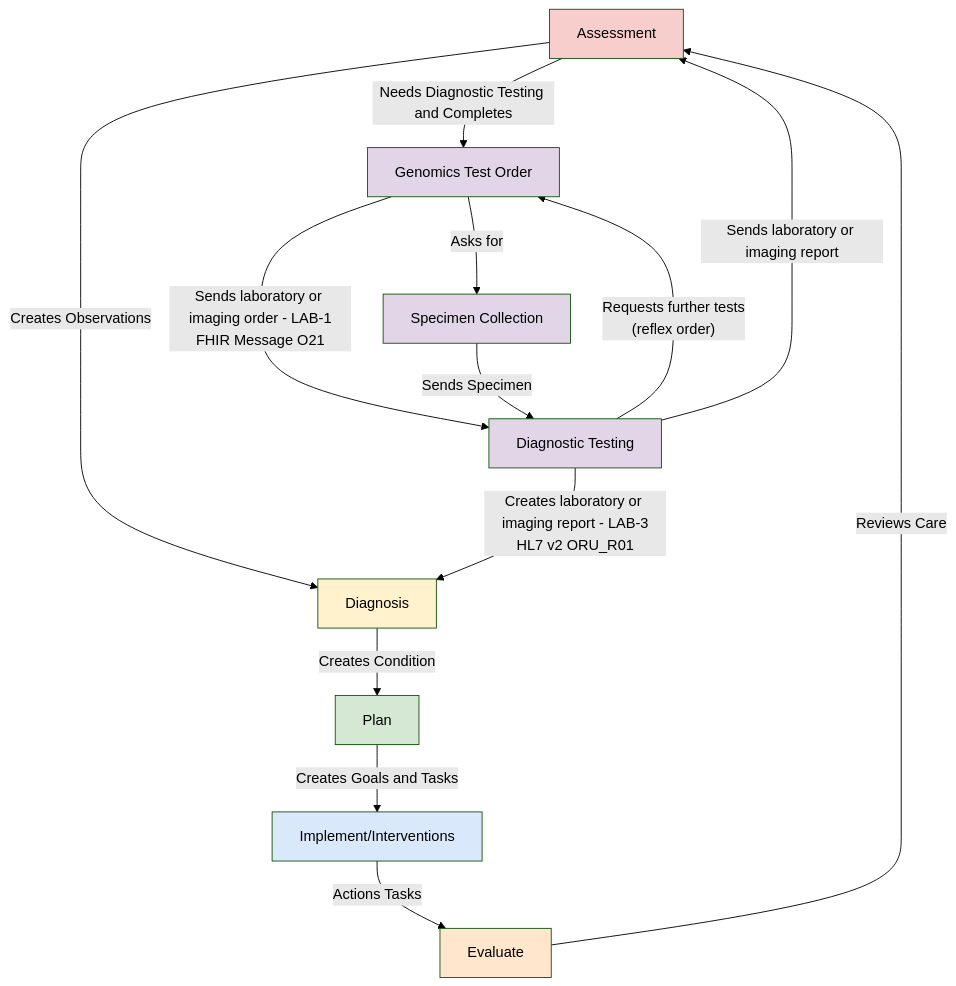
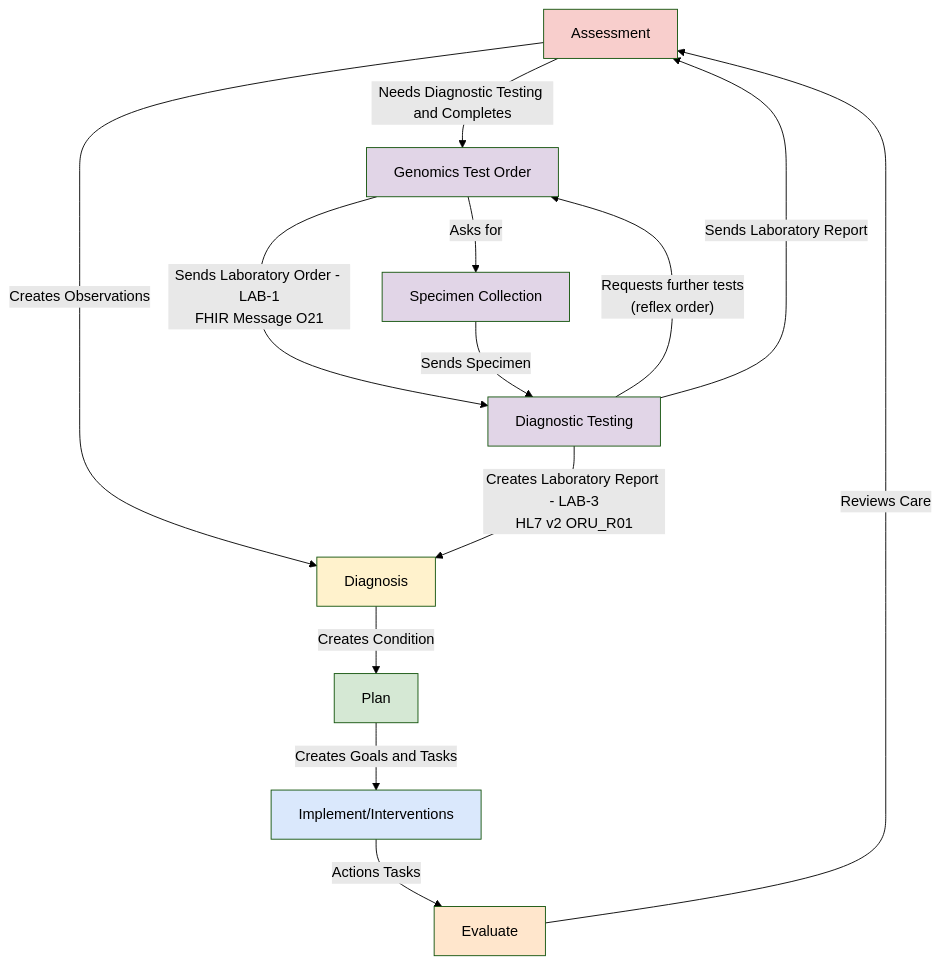
Before and after one commit to uk-gov-mirror/nw-gmsa.nw-gmsa.github.com: the first of 4 diagrams in input/pagecontent/index.md, drawn with Mermaid (forest theme). The commit also changed other lines of this file, not shown here.

````diff
--- a/input/pagecontent/index.md
+++ b/input/pagecontent/index.md
@@ -15,36 +15,36 @@
 ```mermaid
 graph TD;
 
     A[Assessment]-->|Creates Observations| B;
     A--> |Needs Diagnostic Testing and Completes| T;
     B[Diagnosis]-->|Creates Condition| C;
-    T[Genomics Test Order]--> |"Sends laboratory or imaging order - LAB-1<br/>FHIR Message O21"| AN;
+    T[Genomics Test Order]--> |"Sends Laboratory Order - LAB-1<br/>FHIR Message O21"| AN;
     T --> |Asks for| S
     S[Specimen Collection] --> |Sends Specimen| AN;
     AN["Diagnostic Testing"] --> |"Requests further tests <br/>(reflex order)"| T;
-    AN --> |"Creates laboratory or imaging report - LAB-3<br/>HL7 v2 ORU_R01"| B;
-    AN --> |Sends laboratory or imaging report| A;
+    AN --> |"Creates Laboratory Report - LAB-3<br/>HL7 v2 ORU_R01"| B;
+    AN --> |Sends Laboratory Report| A;
     C[Plan]-->|Creates Goals and Tasks| D;
     D[Implement/Interventions]-->|Actions Tasks| E;
     E[Evaluate]--> |Reviews Care| A;
     
     click T Questionnaire-GenomicTestOrder.html
     click AN Questionnaire-GenomicTestReport.html
     click S ExampleScenario-BiopsyProcedure.html
 
     classDef purple fill:#E1D5E7;
 
     classDef yellow fill:#FFF2CC;
     classDef pink fill:#F8CECC
     classDef green fill:#D5E8D4;
     classDef blue fill:#DAE8FC;
     classDef orange fill:#FFE6CC;
 
     class A pink
     class B yellow
     class C green
     class D blue
     class E orange
 
     class O,S,T,AN purple
 ```
````
